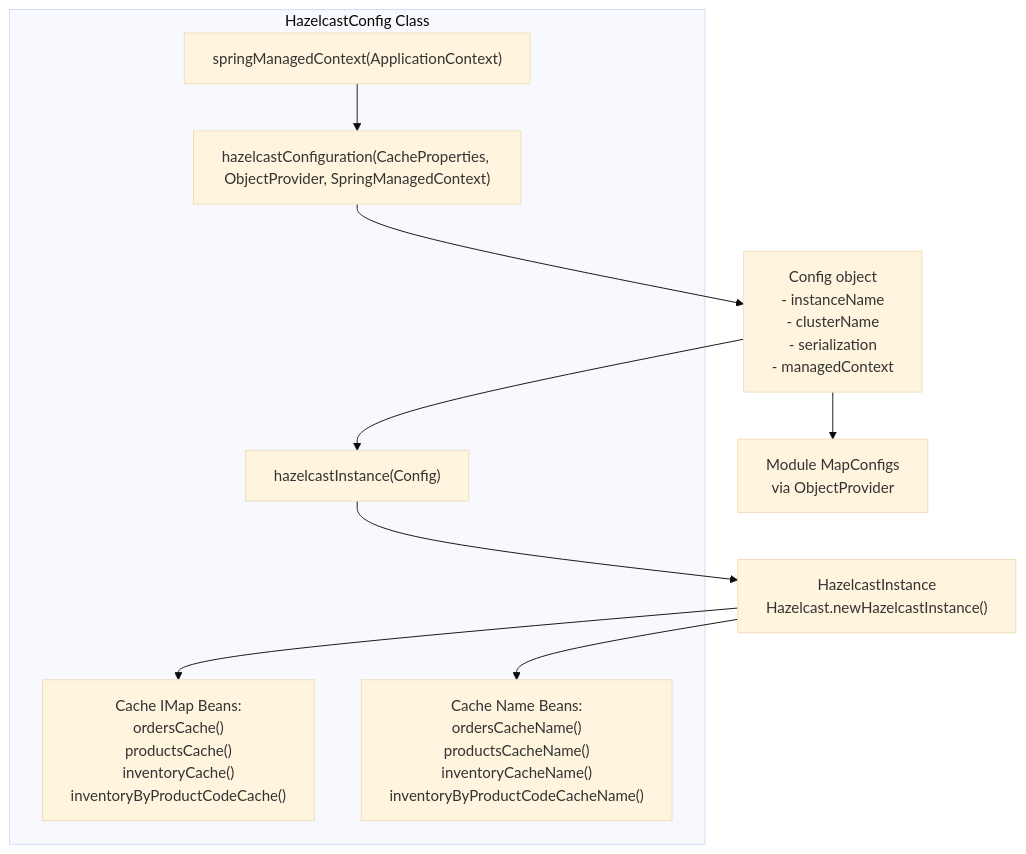
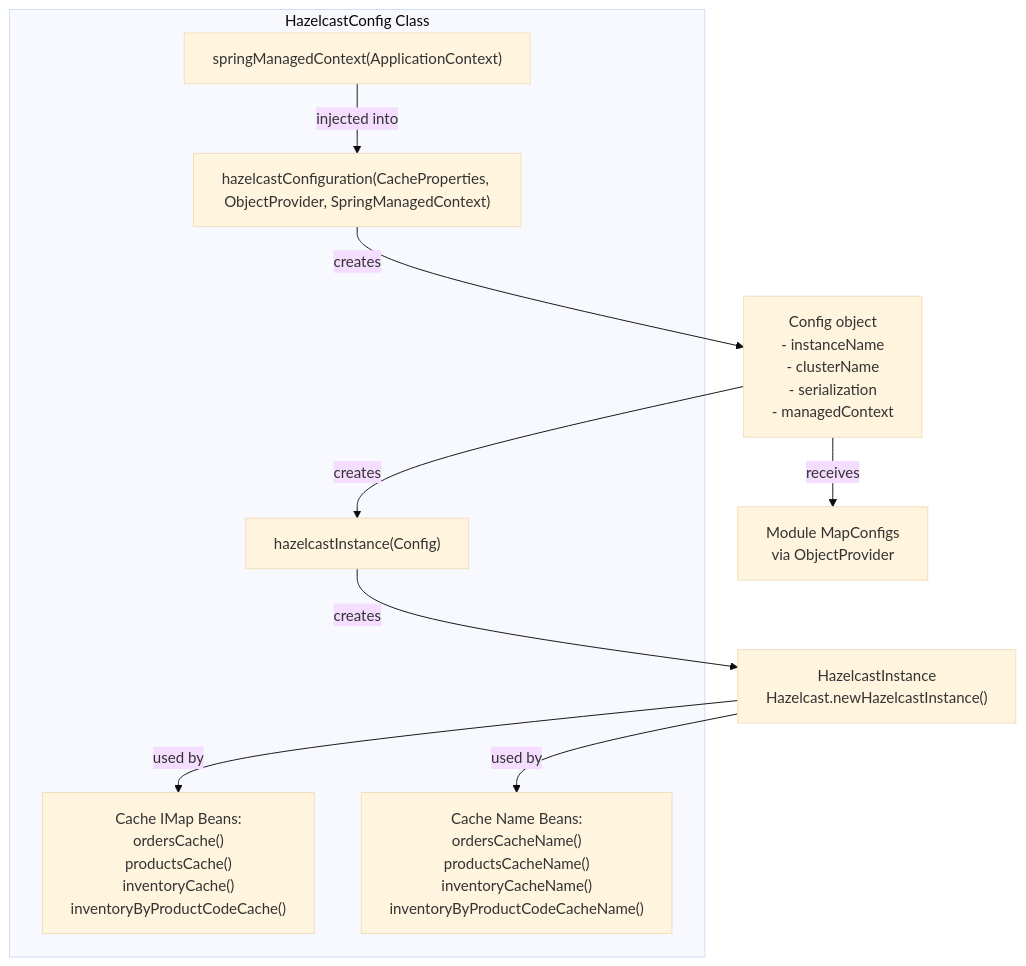
The second of 3 diagrams in docs/deepwiki/Cache-Configuration-and-MapConfigs.md (philipz/spring-modular-monolith), drawn with Mermaid (base theme) before and after one commit. The commit also changed other lines of this file and 55 other files, not shown here.

````diff
--- a/docs/deepwiki/Cache-Configuration-and-MapConfigs.md
+++ b/docs/deepwiki/Cache-Configuration-and-MapConfigs.md
@@ -222,28 +222,28 @@
 ```mermaid
 flowchart TD
 
 ConfigMethod["hazelcastConfiguration(CacheProperties, ObjectProvider<MapConfig>, SpringManagedContext)"]
 InstanceMethod["hazelcastInstance(Config)"]
 SpringContextBean["springManagedContext(ApplicationContext)"]
 CacheBeans["Cache IMap Beans:<br>ordersCache()<br>productsCache()<br>inventoryCache()<br>inventoryByProductCodeCache()"]
 NameBeans["Cache Name Beans:<br>ordersCacheName()<br>productsCacheName()<br>inventoryCacheName()<br>inventoryByProductCodeCacheName()"]
 ConfigInstance["Config object<br>- instanceName<br>- clusterName<br>- serialization<br>- managedContext"]
 MapConfigs["Module MapConfigs<br>via ObjectProvider"]
 HZInstance["HazelcastInstance<br>Hazelcast.newHazelcastInstance()"]
 
-ConfigMethod --> ConfigInstance
-ConfigInstance --> MapConfigs
-ConfigInstance --> InstanceMethod
-InstanceMethod --> HZInstance
-HZInstance --> CacheBeans
-HZInstance --> NameBeans
+ConfigMethod -->|"creates"| ConfigInstance
+ConfigInstance -->|"receives"| MapConfigs
+ConfigInstance -->|"creates"| InstanceMethod
+InstanceMethod -->|"creates"| HZInstance
+HZInstance -->|"used by"| CacheBeans
+HZInstance -->|"used by"| NameBeans
 
 subgraph subGraph0 ["HazelcastConfig Class"]
     ConfigMethod
     InstanceMethod
     SpringContextBean
     CacheBeans
     NameBeans
-    SpringContextBean --> ConfigMethod
+    SpringContextBean -->|"injected into"| ConfigMethod
 end
 ```
````
